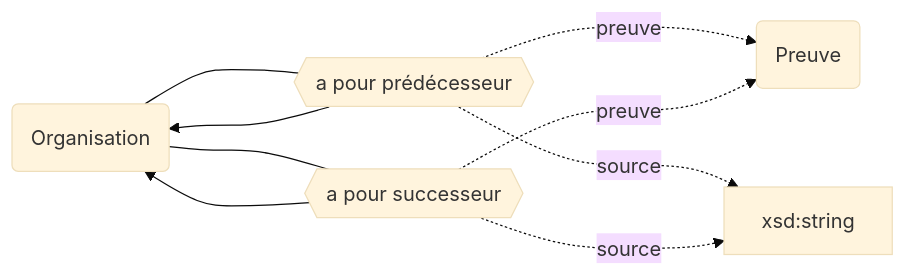
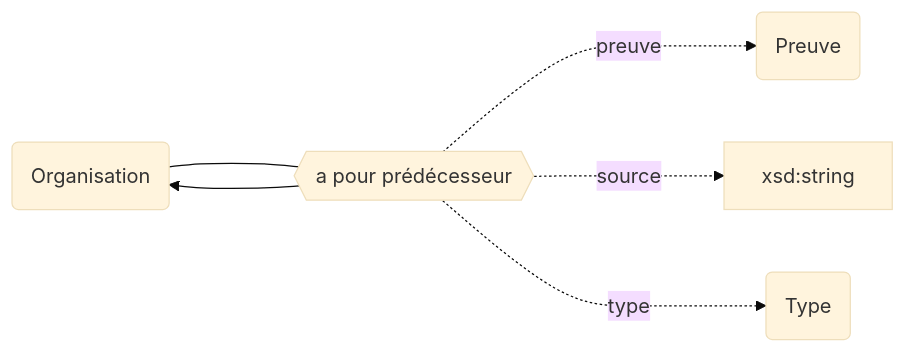
Before and after one commit to abes-esr/movies-doc: the first of 3 diagrams in docs/Modélisation Movies/Généalogie des établissements.md, drawn with Mermaid (base theme). The commit also changed other lines of this file and 28 other files, not shown here.

````diff
--- a/docs/Modélisation Movies/Généalogie des établissements.md
+++ b/docs/Modélisation Movies/Généalogie des établissements.md
@@ -3,11 +5,12 @@
 ```mermaid
 graph LR
     ORG("Organisation")
-    ORG --- PRED{{a pour prédécesseur}} ---> ORG
-    PRED -..-> |preuve| P(Preuve)
+    PRED{{a pour prédécesseur}}
+    P(Preuve)
+    T(Type)
+
+    ORG ---- PRED ---> ORG
+    PRED -..-> |preuve| P
     PRED -..-> |source| xsd:string
-    
-    ORG --- SUCC{{a pour successeur}} --->  ORG
-    SUCC -..-> |preuve| P
-    SUCC -..-> |source| xsd:string
+    PRED -..-> |type| T
 ```
````
